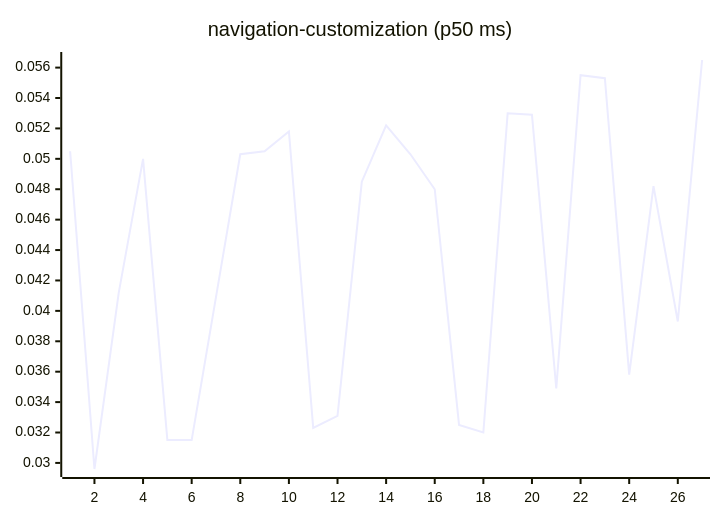
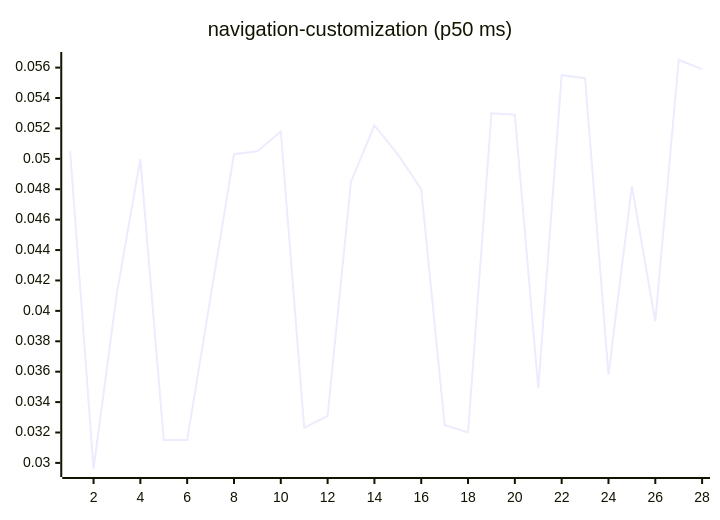
Before and after one commit to josha/Facet: diagram 15 of 27 in README.md, drawn with Mermaid. The commit also changed other lines of this file and 2 other files, not shown here.

````diff
--- a/README.md
+++ b/README.md
@@ -161,6 +161,6 @@
 ```mermaid
 xychart-beta
     title "navigation-customization (p50 ms)"
-    x-axis 1 --> 27
-    line [0.0505, 0.0296, 0.0412, 0.0500, 0.0315, 0.0315, 0.0409, 0.0503, 0.0505, 0.0518, 0.0323, 0.0331, 0.0485, 0.0522, 0.0503, 0.0480, 0.0325, 0.0320, 0.0530, 0.0529, 0.0349, 0.0555, 0.0553, 0.0358, 0.0482, 0.0393, 0.0565]
+    x-axis 1 --> 28
+    line [0.0505, 0.0296, 0.0412, 0.0500, 0.0315, 0.0315, 0.0409, 0.0503, 0.0505, 0.0518, 0.0323, 0.0331, 0.0485, 0.0522, 0.0503, 0.0480, 0.0325, 0.0320, 0.0530, 0.0529, 0.0349, 0.0555, 0.0553, 0.0358, 0.0482, 0.0393, 0.0565, 0.0559]
 ```
````
